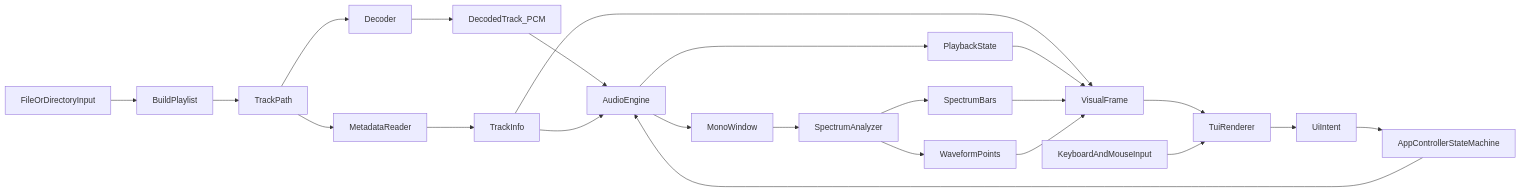
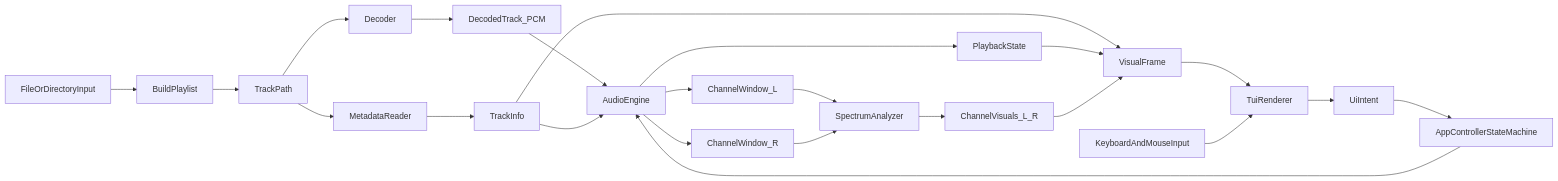
One commit to virtualguard101/vocalplayer changed the fourth of 4 diagrams in docs/dev/architecture.md. Above: the diagram before and after it, drawn with Mermaid. The commit also changed other lines of this file and 14 other files, not shown here.

````diff
--- a/docs/dev/architecture.md
+++ b/docs/dev/architecture.md
@@ -178,25 +181,25 @@
 ```mermaid
 flowchart LR
   fileInput[FileOrDirectoryInput] --> playlistBuilder[BuildPlaylist]
   playlistBuilder --> trackPath[TrackPath]
   trackPath --> decoder[Decoder]
   decoder --> decodedTrack[DecodedTrack_PCM]
   trackPath --> metadataReader[MetadataReader]
   metadataReader --> trackInfo[TrackInfo]
   decodedTrack --> audioEngine[AudioEngine]
   trackInfo --> audioEngine
-  audioEngine --> monoWindow[MonoWindow]
-  monoWindow --> spectrumAnalyzer[SpectrumAnalyzer]
-  spectrumAnalyzer --> spectrumBars[SpectrumBars]
-  spectrumAnalyzer --> waveformPoints[WaveformPoints]
+  audioEngine --> channelWindowL[ChannelWindow_L]
+  audioEngine --> channelWindowR[ChannelWindow_R]
+  channelWindowL --> spectrumAnalyzer[SpectrumAnalyzer]
+  channelWindowR --> spectrumAnalyzer
+  spectrumAnalyzer --> channelVisuals[ChannelVisuals_L_R]
   audioEngine --> playbackState[PlaybackState]
   trackInfo --> visualFrame[VisualFrame]
   playbackState --> visualFrame
-  spectrumBars --> visualFrame
-  waveformPoints --> visualFrame
+  channelVisuals --> visualFrame
   visualFrame --> tuiRenderer[TuiRenderer]
   userInput[KeyboardAndMouseInput] --> tuiRenderer
   tuiRenderer --> uiIntent[UiIntent]
   uiIntent --> appController[AppControllerStateMachine]
   appController --> audioEngine
 ```
````
